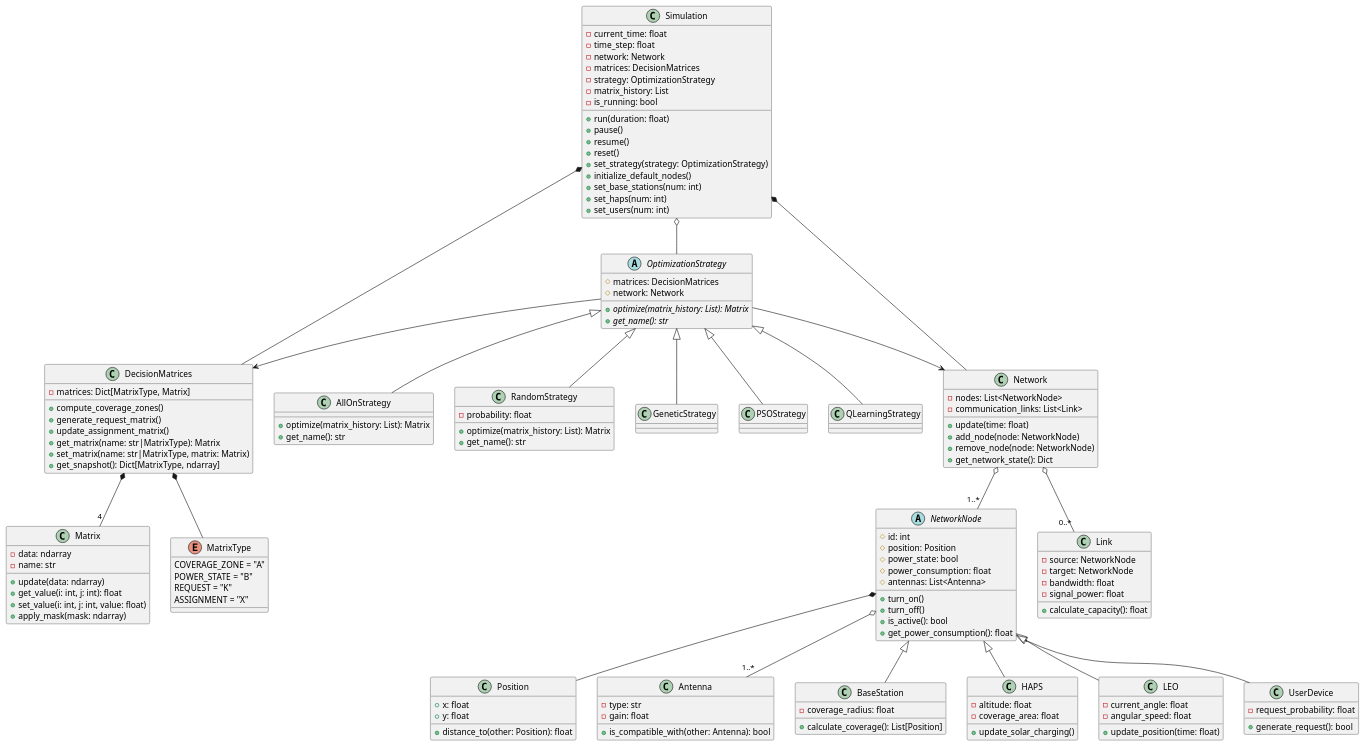
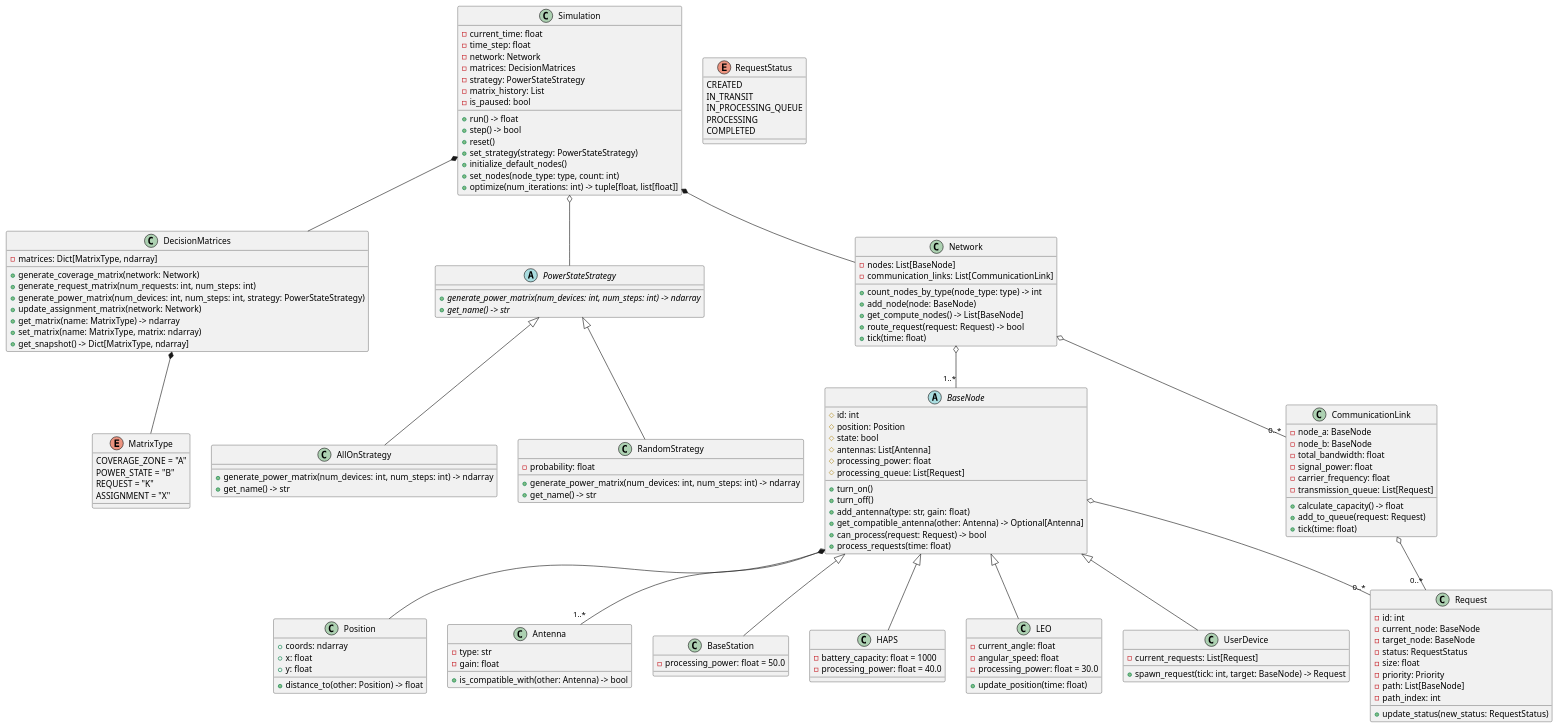
The diagram in doc/class_diagram.puml (SimonR99/OptimisationNTN), drawn with PlantUML before and after one commit. The commit also changed 2 other files, not shown here.

Commit message:
modify class diagram

```diff
--- a/doc/class_diagram.puml
+++ b/doc/class_diagram.puml
@@ -1,160 +1,162 @@
 @startuml
 
 ' Core Components
 class Simulation {
   - current_time: float
   - time_step: float
   - network: Network
   - matrices: DecisionMatrices
-  - strategy: OptimizationStrategy
+  - strategy: PowerStateStrategy
   - matrix_history: List
-  - is_running: bool
-  + run(duration: float)
-  + pause()
-  + resume()
+  - is_paused: bool
+  + run() -> float
+  + step() -> bool
   + reset()
-  + set_strategy(strategy: OptimizationStrategy)
+  + set_strategy(strategy: PowerStateStrategy)
   + initialize_default_nodes()
-  + set_base_stations(num: int)
-  + set_haps(num: int)
-  + set_users(num: int)
+  + set_nodes(node_type: type, count: int)
+  + optimize(num_iterations: int) -> tuple[float, list[float]]
 }
 
 class DecisionMatrices {
-  - matrices: Dict[MatrixType, Matrix]
-  + compute_coverage_zones()
-  + generate_request_matrix()
-  + update_assignment_matrix()
-  + get_matrix(name: str|MatrixType): Matrix
-  + set_matrix(name: str|MatrixType, matrix: Matrix)
-  + get_snapshot(): Dict[MatrixType, ndarray]
+  - matrices: Dict[MatrixType, ndarray]
+  + generate_coverage_matrix(network: Network)
+  + generate_request_matrix(num_requests: int, num_steps: int)
+  + generate_power_matrix(num_devices: int, num_steps: int, strategy: PowerStateStrategy)
+  + update_assignment_matrix(network: Network)
+  + get_matrix(name: MatrixType) -> ndarray
+  + set_matrix(name: MatrixType, matrix: ndarray)
+  + get_snapshot() -> Dict[MatrixType, ndarray]
 }
 
-abstract class OptimizationStrategy {
-  # matrices: DecisionMatrices
-  # network: Network
-  + {abstract} optimize(matrix_history: List): Matrix
-  + {abstract} get_name(): str
+abstract class PowerStateStrategy {
+  + {abstract} generate_power_matrix(num_devices: int, num_steps: int) -> ndarray
+  + {abstract} get_name() -> str
 }
 
-class AllOnStrategy extends OptimizationStrategy {
-  + optimize(matrix_history: List): Matrix
-  + get_name(): str
+class AllOnStrategy extends PowerStateStrategy {
+  + generate_power_matrix(num_devices: int, num_steps: int) -> ndarray
+  + get_name() -> str
 }
 
-class RandomStrategy extends OptimizationStrategy {
+class RandomStrategy extends PowerStateStrategy {
   - probability: float
-  + optimize(matrix_history: List): Matrix
-  + get_name(): str
-}
-
-' Future strategies
-class GeneticStrategy extends OptimizationStrategy {
-}
-
-class PSOStrategy extends OptimizationStrategy {
-}
-
-class QLearningStrategy extends OptimizationStrategy {
-}
-
-class Matrix {
-  - data: ndarray
-  - name: str
-  + update(data: ndarray)
-  + get_value(i: int, j: int): float
-  + set_value(i: int, j: int, value: float)
-  + apply_mask(mask: ndarray)
-}
-
-class Network {
-  - nodes: List<NetworkNode>
-  - communication_links: List<Link>
-  + update(time: float)
-  + add_node(node: NetworkNode)
-  + remove_node(node: NetworkNode)
-  + get_network_state(): Dict
-}
-
-' Network Components
-abstract class NetworkNode {
-  # id: int
-  # position: Position
-  # power_state: bool
-  # power_consumption: float
-  # antennas: List<Antenna>
-  + turn_on()
-  + turn_off()
-  + is_active(): bool
-  + get_power_consumption(): float
-}
-
-class Position {
-  + x: float
-  + y: float
-  + distance_to(other: Position): float
-}
-
-class Antenna {
-  - type: str
-  - gain: float
-  + is_compatible_with(other: Antenna): bool
-}
-
-' Network Nodes
-class BaseStation extends NetworkNode {
-  - coverage_radius: float
-  + calculate_coverage(): List[Position]
-}
-
-class HAPS extends NetworkNode {
-  - altitude: float
-  - coverage_area: float
-  + update_solar_charging()
-}
-
-class LEO extends NetworkNode {
-  - current_angle: float
-  - angular_speed: float
-  + update_position(time: float)
-}
-
-class UserDevice extends NetworkNode {
-  - request_probability: float
-  + generate_request(): bool
-}
-
-' Communication
-class Link {
-  - source: NetworkNode
-  - target: NetworkNode
-  - bandwidth: float
-  - signal_power: float
-  + calculate_capacity(): float
+  + generate_power_matrix(num_devices: int, num_steps: int) -> ndarray
+  + get_name() -> str
 }
 
 enum MatrixType {
   COVERAGE_ZONE = "A"
   POWER_STATE = "B"
   REQUEST = "K"
   ASSIGNMENT = "X"
 }
 
+class Network {
+  - nodes: List[BaseNode]
+  - communication_links: List[CommunicationLink]
+  + count_nodes_by_type(node_type: type) -> int
+  + add_node(node: BaseNode)
+  + get_compute_nodes() -> List[BaseNode]
+  + route_request(request: Request) -> bool
+  + tick(time: float)
+}
+
+abstract class BaseNode {
+  # id: int
+  # position: Position
+  # state: bool
+  # antennas: List[Antenna]
+  # processing_power: float
+  # processing_queue: List[Request]
+  + turn_on()
+  + turn_off()
+  + add_antenna(type: str, gain: float)
+  + get_compatible_antenna(other: Antenna) -> Optional[Antenna]
+  + can_process(request: Request) -> bool
+  + process_requests(time: float)
+}
+
+class Position {
+  + coords: ndarray
+  + x: float
+  + y: float
+  + distance_to(other: Position) -> float
+}
+
+class Antenna {
+  - type: str
+  - gain: float
+  + is_compatible_with(other: Antenna) -> bool
+}
+
+class BaseStation extends BaseNode {
+  - processing_power: float = 50.0
+}
+
+class HAPS extends BaseNode {
+  - battery_capacity: float = 1000
+  - processing_power: float = 40.0
+}
+
+class LEO extends BaseNode {
+  - current_angle: float
+  - angular_speed: float
+  - processing_power: float = 30.0
+  + update_position(time: float)
+}
+
+class UserDevice extends BaseNode {
+  - current_requests: List[Request]
+  + spawn_request(tick: int, target: BaseNode) -> Request
+}
+
+class CommunicationLink {
+  - node_a: BaseNode
+  - node_b: BaseNode
+  - total_bandwidth: float
+  - signal_power: float
+  - carrier_frequency: float
+  - transmission_queue: List[Request]
+  + calculate_capacity() -> float
+  + add_to_queue(request: Request)
+  + tick(time: float)
+}
+
+class Request {
+  - id: int
+  - current_node: BaseNode
+  - target_node: BaseNode
+  - status: RequestStatus
+  - size: float
+  - priority: Priority
+  - path: List[BaseNode]
+  - path_index: int
+  + update_status(new_status: RequestStatus)
+}
+
+enum RequestStatus {
+  CREATED
+  IN_TRANSIT
+  IN_PROCESSING_QUEUE
+  PROCESSING
+  COMPLETED
+}
+
 ' Relationships
 Simulation *-- Network
 Simulation *-- DecisionMatrices
-Simulation o-- OptimizationStrategy
+Simulation o-- PowerStateStrategy
 
-DecisionMatrices *-- "4" Matrix
 DecisionMatrices *-- MatrixType
 
-OptimizationStrategy --> DecisionMatrices
-OptimizationStrategy --> Network
+Network o-- "1..*" BaseNode
+Network o-- "0..*" CommunicationLink
 
-Network o-- "1..*" NetworkNode
-Network o-- "0..*" Link
+BaseNode *-- Position
+BaseNode o-- "1..*" Antenna
+BaseNode o-- "0..*" Request
 
-NetworkNode *-- Position
-NetworkNode o-- "1..*" Antenna
+CommunicationLink o-- "0..*" Request
 
 @enduml
```
